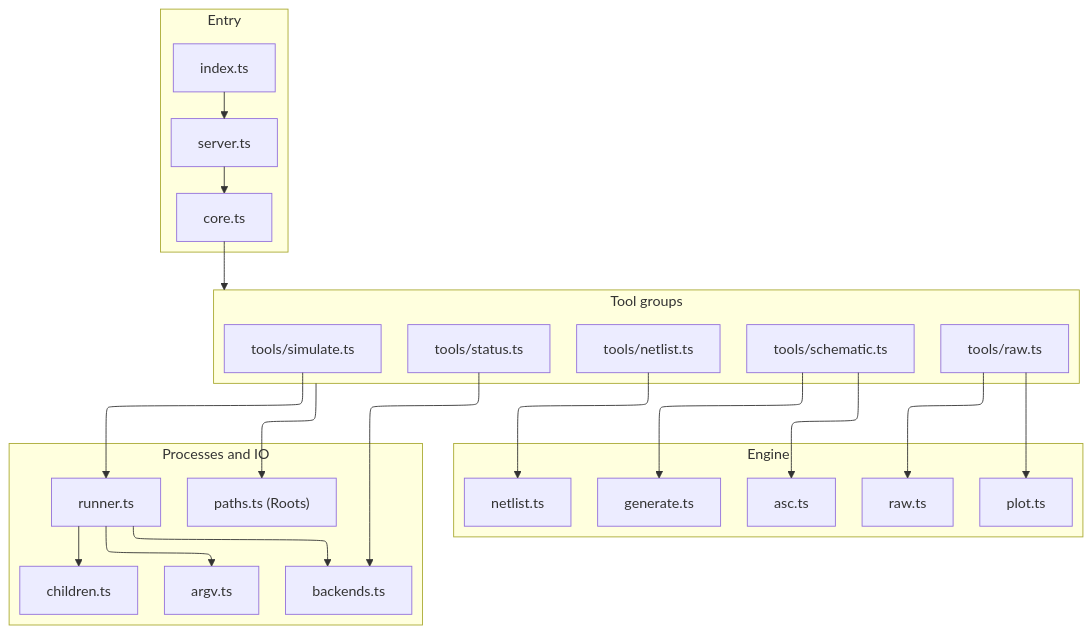
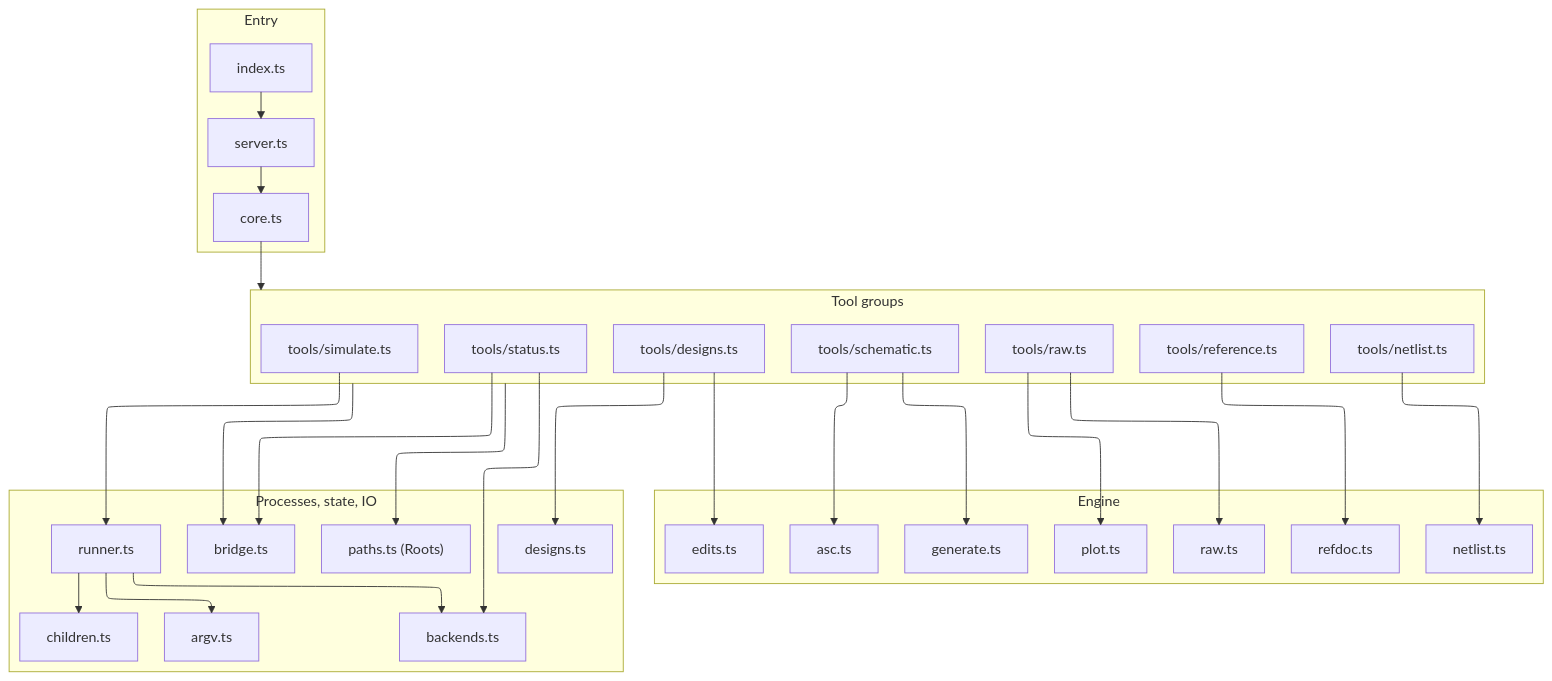
The second of 10 diagrams in .kiro/specs/openspice-mcp/design.md (sohampatwardhan/openspice-mcp), drawn with Mermaid before and after one commit. The commit also changed other lines of this file and 4 other files, not shown here.

````diff
--- a/.kiro/specs/openspice-mcp/design.md
+++ b/.kiro/specs/openspice-mcp/design.md
@@ -46,47 +85,58 @@
 ```mermaid
 ---
 config:
   layout: elk
 ---
 flowchart TB
   subgraph entry [Entry]
     index["index.ts"]
     server["server.ts"]
     core["core.ts"]
   end
   subgraph toolg [Tool groups]
     status["tools/status.ts"]
     netlistTool["tools/netlist.ts"]
     schemTool["tools/schematic.ts"]
+    designTool["tools/designs.ts"]
     simTool["tools/simulate.ts"]
     rawTool["tools/raw.ts"]
+    refTool["tools/reference.ts"]
   end
   subgraph eng [Engine]
     netlist["netlist.ts"]
     asc["asc.ts"]
     generate["generate.ts"]
     raw["raw.ts"]
     plot["plot.ts"]
+    edits["edits.ts"]
+    refdoc["refdoc.ts"]
   end
-  subgraph proc [Processes and IO]
+  subgraph proc [Processes, state, IO]
     backends["backends.ts"]
     argv["argv.ts"]
     children["children.ts"]
     runner["runner.ts"]
+    bridge["bridge.ts"]
+    designs["designs.ts"]
     roots["paths.ts (Roots)"]
   end
   index --> server
   server --> core
   core --> toolg
   netlistTool --> netlist
   schemTool --> asc
   schemTool --> generate
+  designTool --> designs
+  designTool --> edits
   simTool --> runner
   rawTool --> raw
   rawTool --> plot
+  refTool --> refdoc
   runner --> backends
   runner --> argv
   runner --> children
   status --> backends
+  status --> bridge
+  toolg --> bridge
   toolg --> roots
 ```
````
